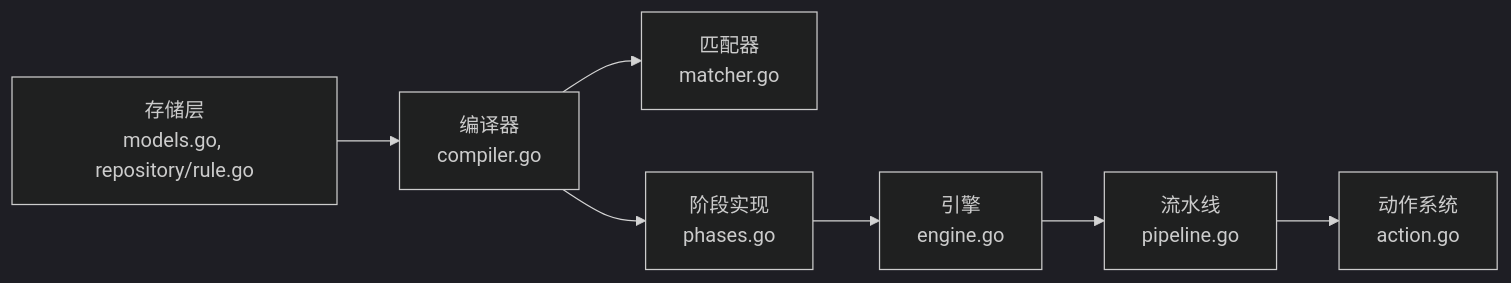
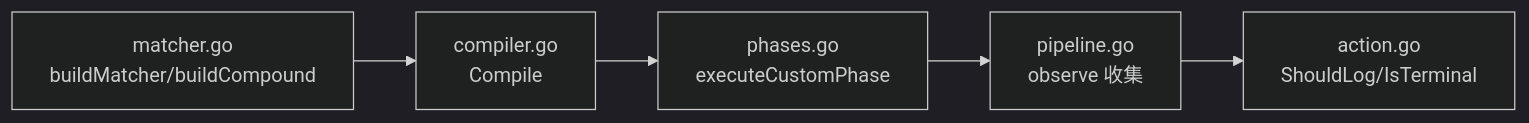
The fourth of 4 diagrams in docs/WAF 引擎系统/处理阶段详解/自定义规则阶段.md (x01n/My-OpenWaf), drawn with Mermaid (dark theme) before and after one commit. The commit also changed other lines of this file and 622 other files, not shown here.

````diff
--- a/docs/WAF 引擎系统/处理阶段详解/自定义规则阶段.md
+++ b/docs/WAF 引擎系统/处理阶段详解/自定义规则阶段.md
@@ -371,9 +244,7 @@
 ```mermaid
 graph LR
-Store["存储层<br/>models.go, repository/rule.go"] --> Compiler["编译器<br/>compiler.go"]
-Compiler --> Matcher["匹配器<br/>matcher.go"]
-Compiler --> Phases["阶段实现<br/>phases.go"]
-Phases --> Engine["引擎<br/>engine.go"]
-Engine --> Pipeline["流水线<br/>pipeline.go"]
-Pipeline --> Action["动作系统<br/>action.go"]
+Compiler["compiler.go<br/>Compile"] --> Custom["phases.go<br/>executeCustomPhase"]
+Matcher["matcher.go<br/>buildMatcher/buildCompound"] --> Compiler
+Custom --> Pipe["pipeline.go<br/>observe 收集"]
+Pipe --> Action["action.go<br/>ShouldLog/IsTerminal"]
 ```
````
